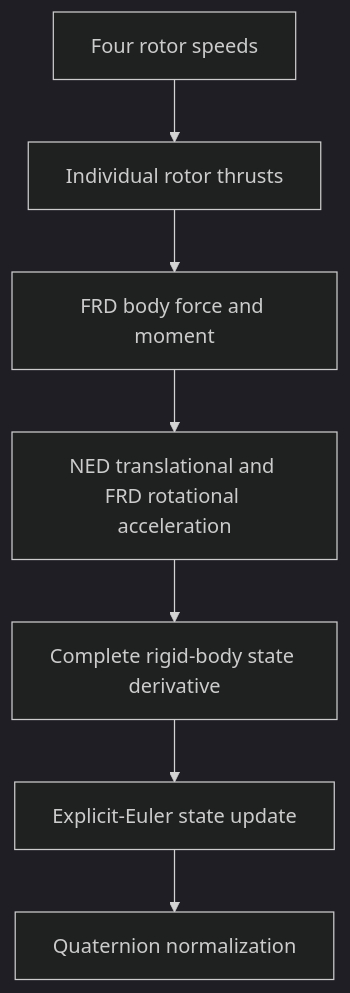
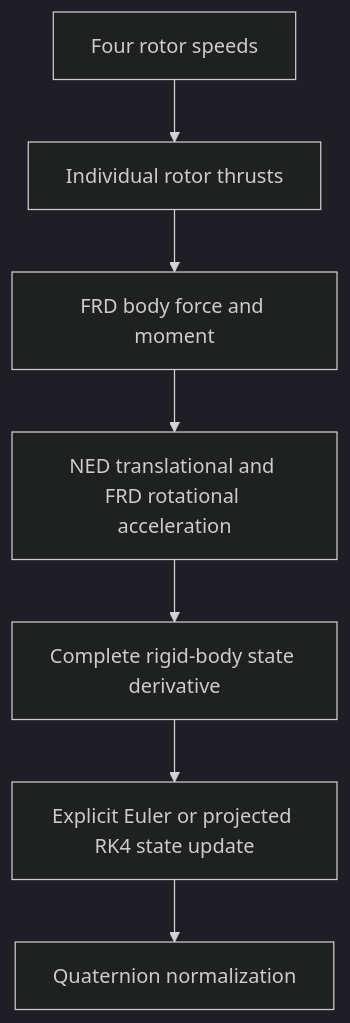
The diagram in README.md (Gayles9/robust-quadrotor), drawn with Mermaid (dark theme) before and after one commit. The commit also changed other lines of this file and 1 other file, not shown here.

````diff
--- a/README.md
+++ b/README.md
@@ -25,9 +26,9 @@
 ```mermaid
 flowchart TD
     A[Four rotor speeds] --> B[Individual rotor thrusts]
     B --> C[FRD body force and moment]
     C --> D[NED translational and FRD rotational acceleration]
     D --> E[Complete rigid-body state derivative]
-    E --> F[Explicit-Euler state update]
+    E --> F[Explicit Euler or projected RK4 state update]
     F --> G[Quaternion normalization]
 ```
````
